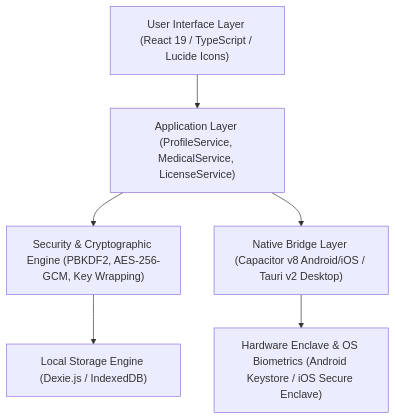
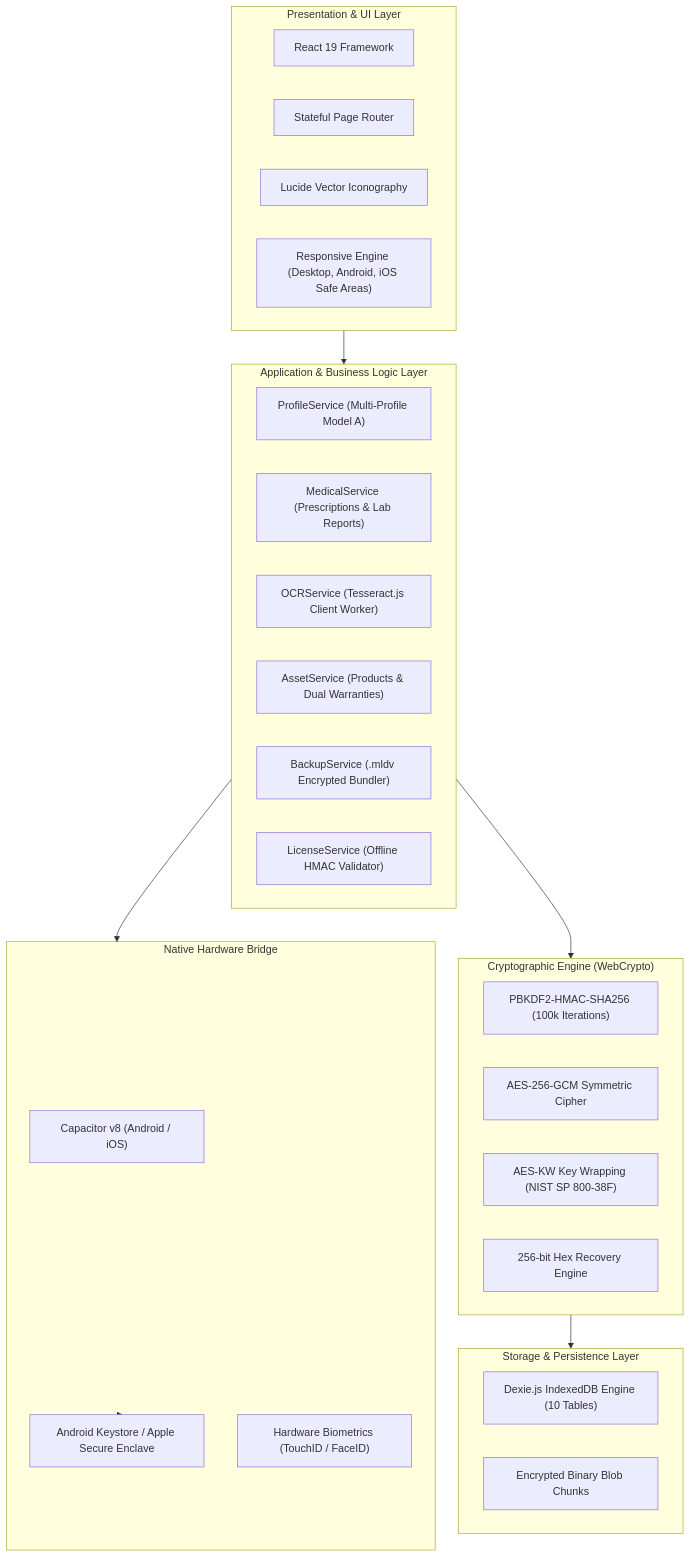
Before and after one commit to mylifedock/mylifedock: the third of 5 diagrams in docs/PersonalVault_Master_Product_Documentation.md, drawn with Mermaid. The commit also changed other lines of this file and 5 other files, not shown here.

````diff
--- a/docs/PersonalVault_Master_Product_Documentation.md
+++ b/docs/PersonalVault_Master_Product_Documentation.md
@@ -62,15 +88,42 @@
 ```mermaid
 graph TD
-    UI["User Interface Layer (React 19 / TypeScript / Lucide Icons)"]
-    APP["Application Layer (ProfileService, MedicalService, LicenseService)"]
-    SEC["Security & Cryptographic Engine (PBKDF2, AES-256-GCM, Key Wrapping)"]
-    DB["Local Storage Engine (Dexie.js / IndexedDB)"]
-    BRIDGE["Native Bridge Layer (Capacitor v8 Android/iOS / Tauri v2 Desktop)"]
-    HW["Hardware Enclave & OS Biometrics (Android Keystore / iOS Secure Enclave)"]
+    subgraph UI_Layer ["Presentation & UI Layer"]
+        REACT["React 19 Framework"]
+        ROUTING["Stateful Page Router"]
+        LUCIDE["Lucide Vector Iconography"]
+        RESPONSIVE["Responsive Engine (Desktop, Android, iOS Safe Areas)"]
+    end
 
-    UI --> APP
-    APP --> SEC
-    SEC --> DB
-    APP --> BRIDGE
-    BRIDGE --> HW
+    subgraph APP_Layer ["Application & Business Logic Layer"]
+        PROFILE["ProfileService (Multi-Profile Model A)"]
+        MEDICAL["MedicalService (Prescriptions & Lab Reports)"]
+        OCR["OCRService (Tesseract.js Client Worker)"]
+        ASSETS["AssetService (Products & Dual Warranties)"]
+        BACKUP["BackupService (.mldv Encrypted Bundler)"]
+        LICENSE["LicenseService (Offline HMAC Validator)"]
+    end
+
+    subgraph CRYPTO_Layer ["Cryptographic Engine (WebCrypto)"]
+        PBKDF2["PBKDF2-HMAC-SHA256 (100k Iterations)"]
+        AESGCM["AES-256-GCM Symmetric Cipher"]
+        AESKW["AES-KW Key Wrapping (NIST SP 800-38F)"]
+        RECOVERY["256-bit Hex Recovery Engine"]
+    end
+
+    subgraph STORAGE_Layer ["Storage & Persistence Layer"]
+        DEXIE["Dexie.js IndexedDB Engine (10 Tables)"]
+        BLOB["Encrypted Binary Blob Chunks"]
+    end
+
+    subgraph NATIVE_Layer ["Native Hardware Bridge"]
+        CAPACITOR["Capacitor v8 (Android / iOS)"]
+        KEYSTORE["Android Keystore / Apple Secure Enclave"]
+        BIOMETRIC["Hardware Biometrics (TouchID / FaceID)"]
+    end
+
+    UI_Layer --> APP_Layer
+    APP_Layer --> CRYPTO_Layer
+    CRYPTO_Layer --> STORAGE_Layer
+    APP_Layer --> NATIVE_Layer
+    NATIVE_Layer --> KEYSTORE
 ```
````
